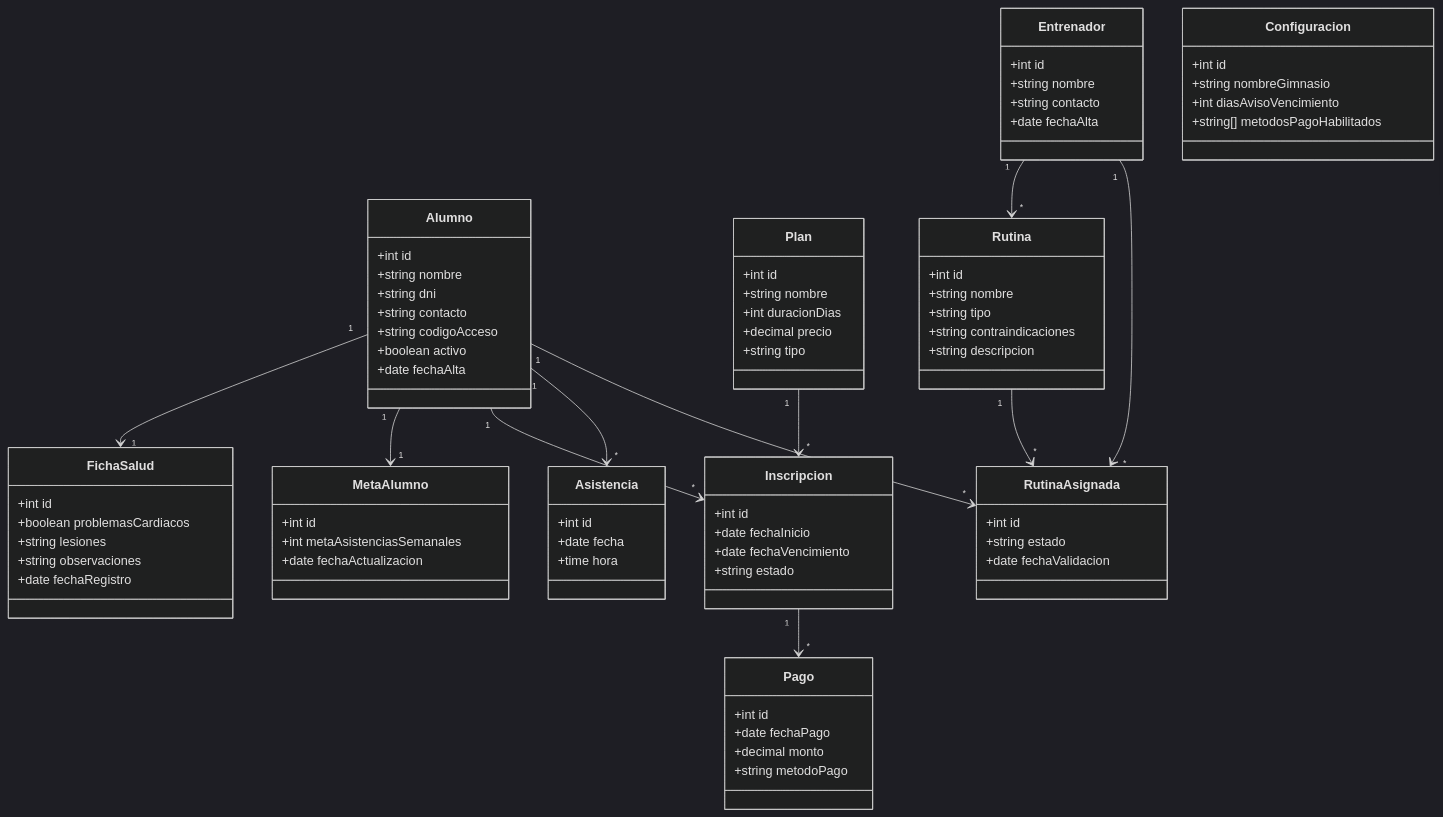
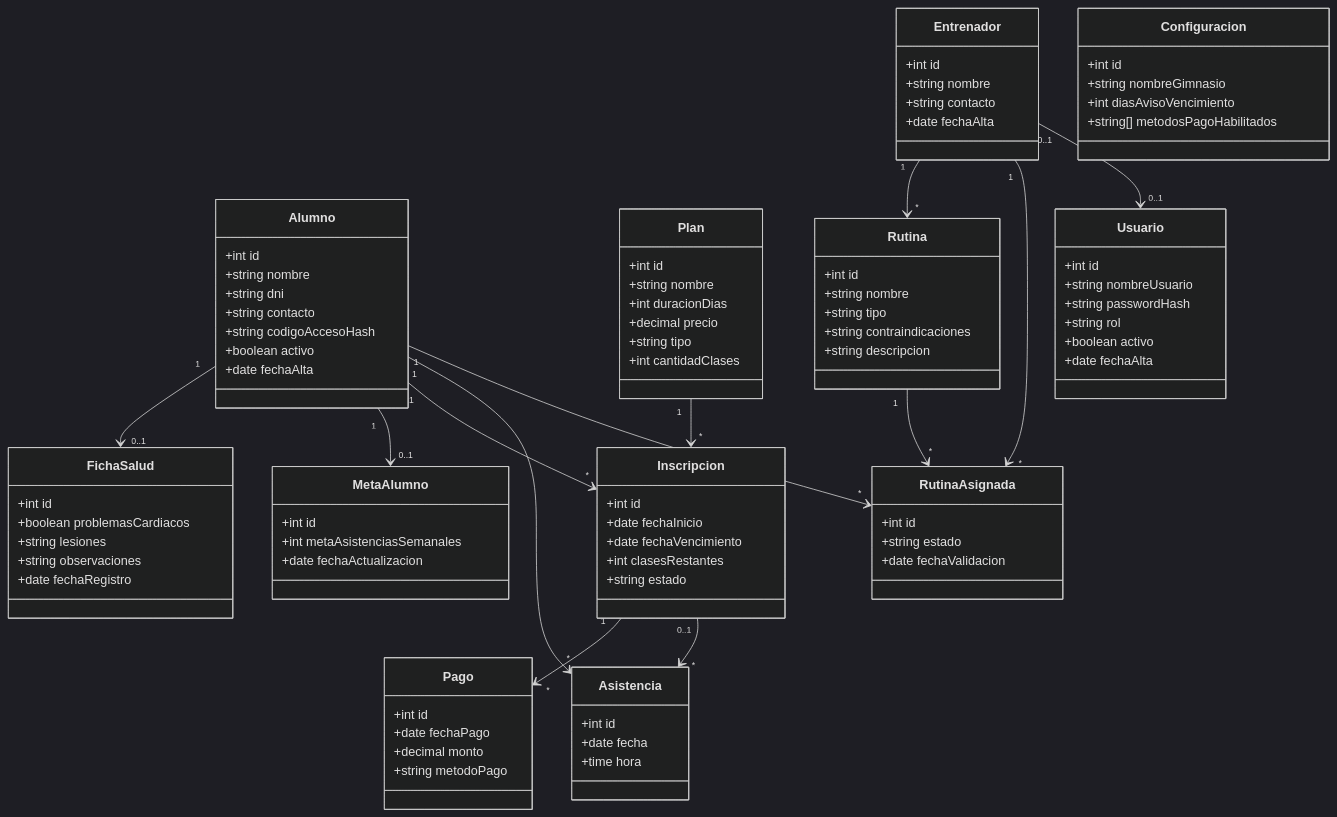
Before and after one commit to pao41/Trabajo-Final-Integrador: the diagram in docs/diagrama_clases.md, drawn with Mermaid (dark theme).

Commit message:
docs: actualizar diagrama de clases con usuario, saldo de clases y codigo hasheado

````diff
--- a/docs/diagrama_clases.md
+++ b/docs/diagrama_clases.md
@@ -7,7 +7,7 @@
         +string nombre
         +string dni
         +string contacto
-        +string codigoAcceso
+        +string codigoAccesoHash
         +boolean activo
         +date fechaAlta
     }
@@ -24,11 +24,13 @@
         +int duracionDias
         +decimal precio
         +string tipo
+        +int cantidadClases
     }
     class Inscripcion {
         +int id
         +date fechaInicio
         +date fechaVencimiento
+        +int clasesRestantes
         +string estado
     }
     class Pago {
@@ -46,6 +48,14 @@
         +int id
         +string nombre
         +string contacto
+        +date fechaAlta
+    }
+    class Usuario {
+        +int id
+        +string nombreUsuario
+        +string passwordHash
+        +string rol
+        +boolean activo
         +date fechaAlta
     }
     class Rutina {
@@ -72,14 +82,16 @@
         +date fechaActualizacion
     }
 
-    Alumno "1" --> "1" FichaSalud
-    Alumno "1" --> "1" MetaAlumno
+    Alumno "1" --> "0..1" FichaSalud
+    Alumno "1" --> "0..1" MetaAlumno
     Alumno "1" --> "*" Inscripcion
     Plan "1" --> "*" Inscripcion
     Inscripcion "1" --> "*" Pago
     Alumno "1" --> "*" Asistencia
+    Inscripcion "0..1" --> "*" Asistencia
     Alumno "1" --> "*" RutinaAsignada
     Rutina "1" --> "*" RutinaAsignada
     Entrenador "1" --> "*" Rutina
     Entrenador "1" --> "*" RutinaAsignada
+    Entrenador "0..1" --> "0..1" Usuario
 ```
````
